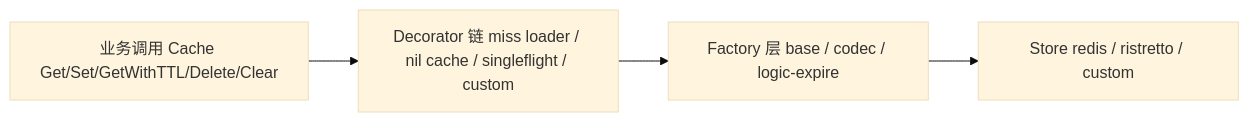
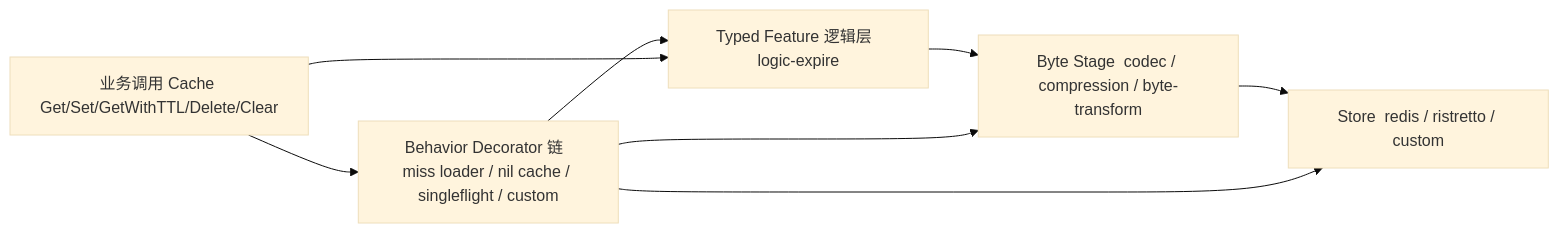
Before and after one commit to yikakia/cachalot: the diagram in docs/ARCHITECTURE.md, drawn with Mermaid (base theme). The commit also changed other lines of this file and 9 other files, not shown here.

````diff
--- a/docs/ARCHITECTURE.md
+++ b/docs/ARCHITECTURE.md
@@ -7,9 +7,13 @@
 ```mermaid
 flowchart LR
     A[业务调用 Cache Get/Set/GetWithTTL/Delete/Clear]
-    B[Decorator 链 miss loader / nil cache / singleflight / custom]
-    C[Factory 层 base / codec / logic-expire]
-    D[Store redis / ristretto / custom]
+    B[Behavior Decorator 链  miss loader / nil cache / singleflight / custom]
+    C[Typed Feature 逻辑层  logic-expire]
+    E[Byte Stage  codec / compression / byte-transform]
+    D[Store  redis / ristretto / custom]
 
-    A --> B --> C --> D
+    A --> B --> C --> E --> D
+    A --> C
+    B --> E
+    B --> D
 ```
````
